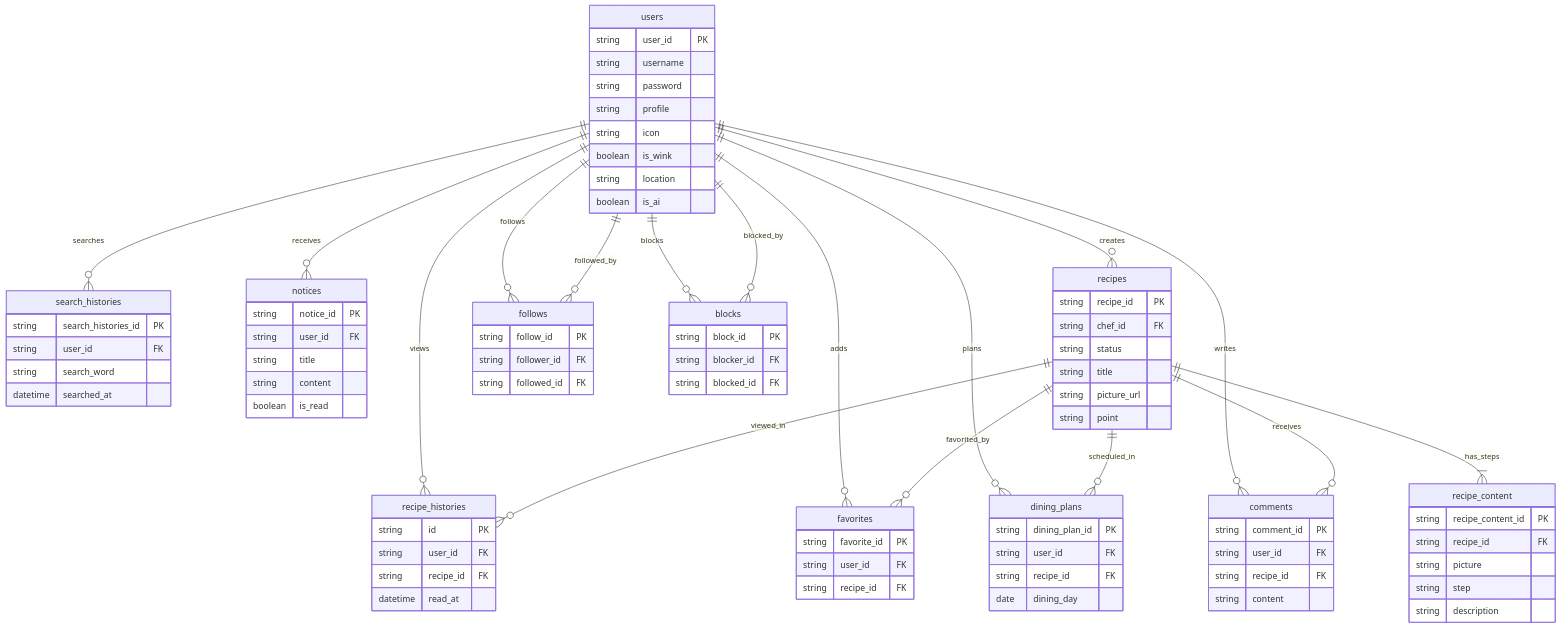
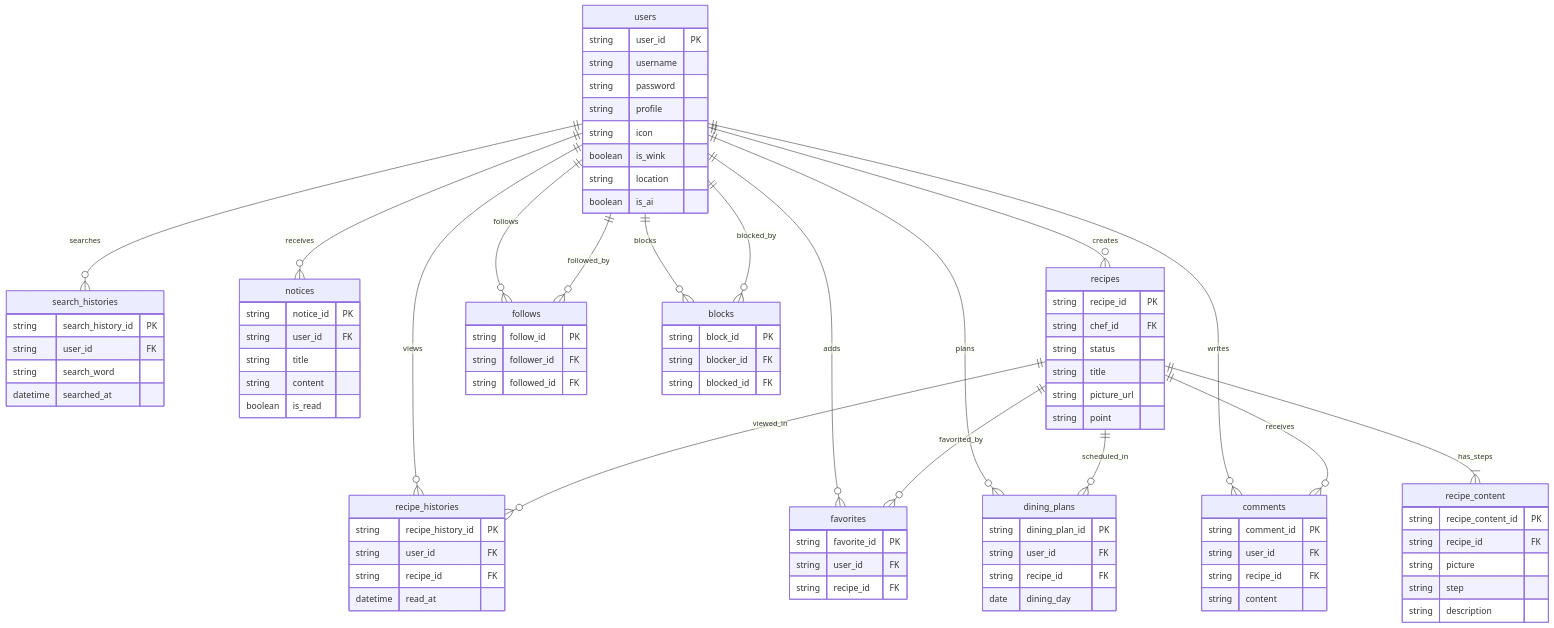
The diagram in docs/database.md (ko-tarou/JPHACKS2025), drawn with Mermaid before and after one commit.

Commit message:
fix 命名規則

```diff
--- a/docs/database.md
+++ b/docs/database.md
@@ -13,13 +13,13 @@
     boolean is_ai
   }
   search_histories {
-    string search_histories_id PK
+    string search_history_id PK
     string user_id FK
     string search_word
     datetime searched_at
   }
   recipe_histories {
-    string id PK
+    string recipe_history_id PK
     string user_id FK
     string recipe_id FK
     datetime read_at
```
